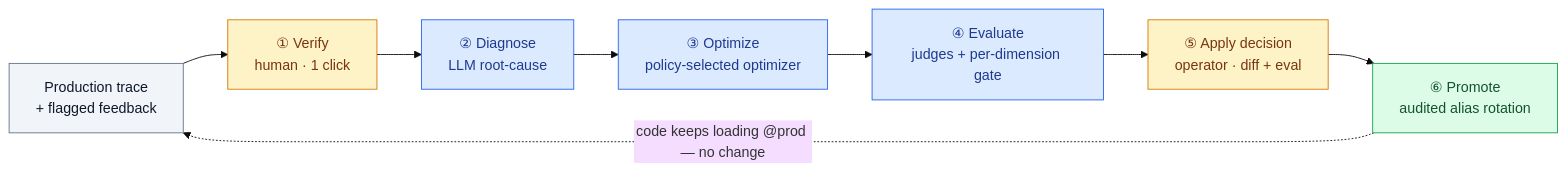
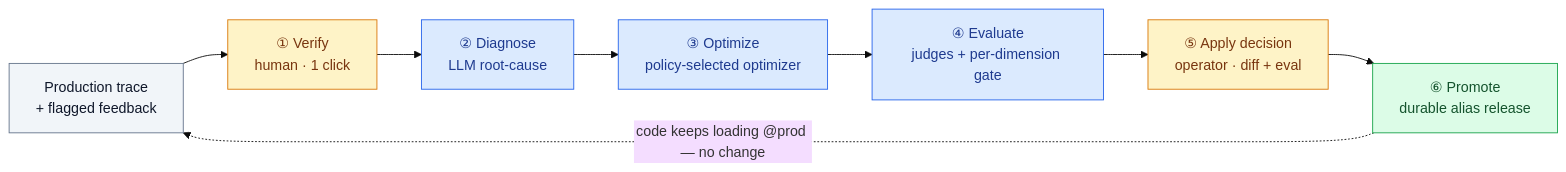
One commit to rrahimi-uci/caliber-suite changed the diagram in docs-site/m-00-refinement-loop.md. Above: the diagram before and after it, drawn with Mermaid (base theme). The commit also changed other lines of this file and 54 other files, not shown here.

````diff
--- a/docs-site/m-00-refinement-loop.md
+++ b/docs-site/m-00-refinement-loop.md
@@ -9,18 +9,18 @@
 ```mermaid
 flowchart LR
     trace["Production trace<br/>+ flagged feedback"]:::src
     verify["① Verify<br/>human · 1 click"]:::human
     diagnose["② Diagnose<br/>LLM root-cause"]:::auto
     optimize["③ Optimize<br/>policy-selected optimizer"]:::auto
     evaluate["④ Evaluate<br/>judges + per-dimension gate"]:::auto
     approve["⑤ Apply decision<br/>operator · diff + eval"]:::human
-    promote["⑥ Promote<br/>audited alias rotation"]:::ship
+    promote["⑥ Promote<br/>durable alias release"]:::ship
 
     trace --> verify --> diagnose --> optimize --> evaluate --> approve --> promote
     promote -.->|"code keeps loading @prod — no change"| trace
 
     classDef src fill:#f1f5f9,stroke:#64748b,color:#0f172a;
     classDef human fill:#fef3c7,stroke:#d97706,color:#78350f;
     classDef auto fill:#dbeafe,stroke:#2563eb,color:#1e3a8f;
     classDef ship fill:#dcfce7,stroke:#16a34a,color:#14532d;
 ```
````
